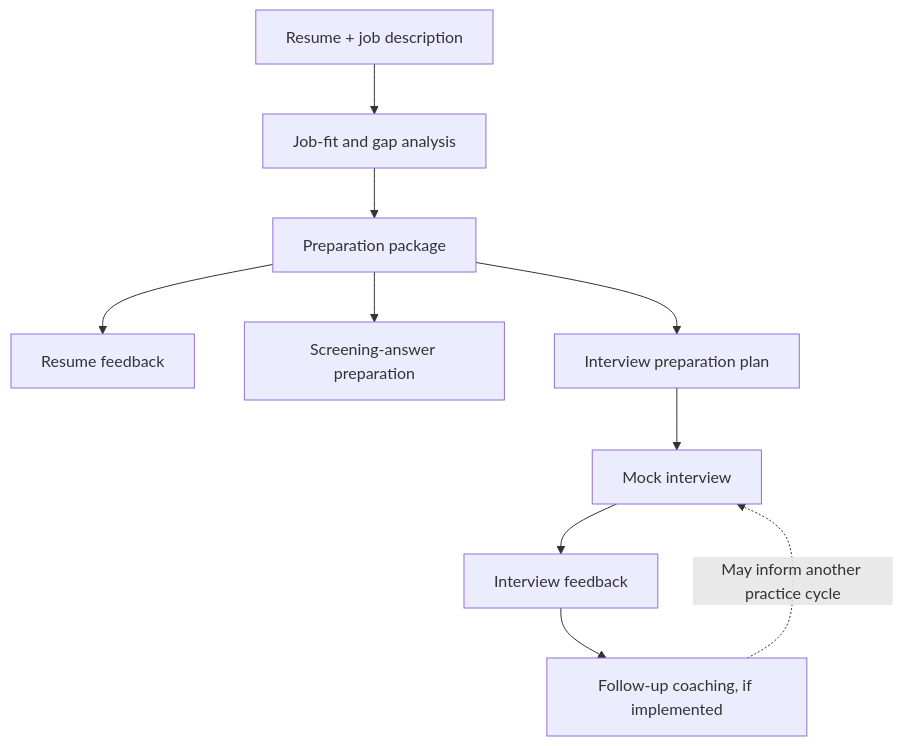
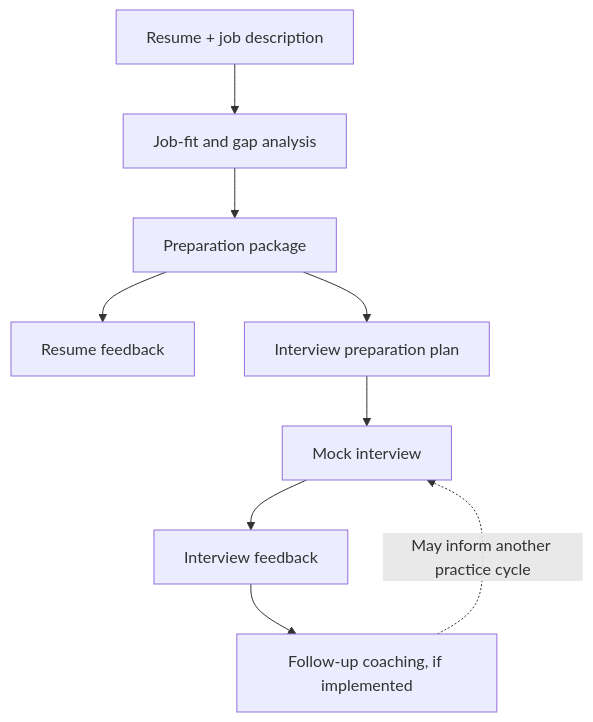
Before and after one commit to helenapedro/careercrew: the fifth of 6 diagrams in docs/engineering/use-cases-and-user-stories.md, drawn with Mermaid. The commit also changed other lines of this file and 53 other files, not shown here.

````diff
--- a/docs/engineering/use-cases-and-user-stories.md
+++ b/docs/engineering/use-cases-and-user-stories.md
@@ -163,12 +135,11 @@
 ```mermaid
 flowchart TB
     INPUT["Resume + job description"] --> ANALYSIS["Job-fit and gap analysis"]
     ANALYSIS --> PACKAGE["Preparation package"]
     PACKAGE --> RESUME["Resume feedback"]
-    PACKAGE --> SCREEN["Screening-answer preparation"]
     PACKAGE --> PLAN["Interview preparation plan"]
     PLAN --> MOCK["Mock interview"]
     MOCK --> FEEDBACK["Interview feedback"]
     FEEDBACK --> COACH["Follow-up coaching, if implemented"]
     COACH -. "May inform another practice cycle" .-> MOCK
 ```
````
